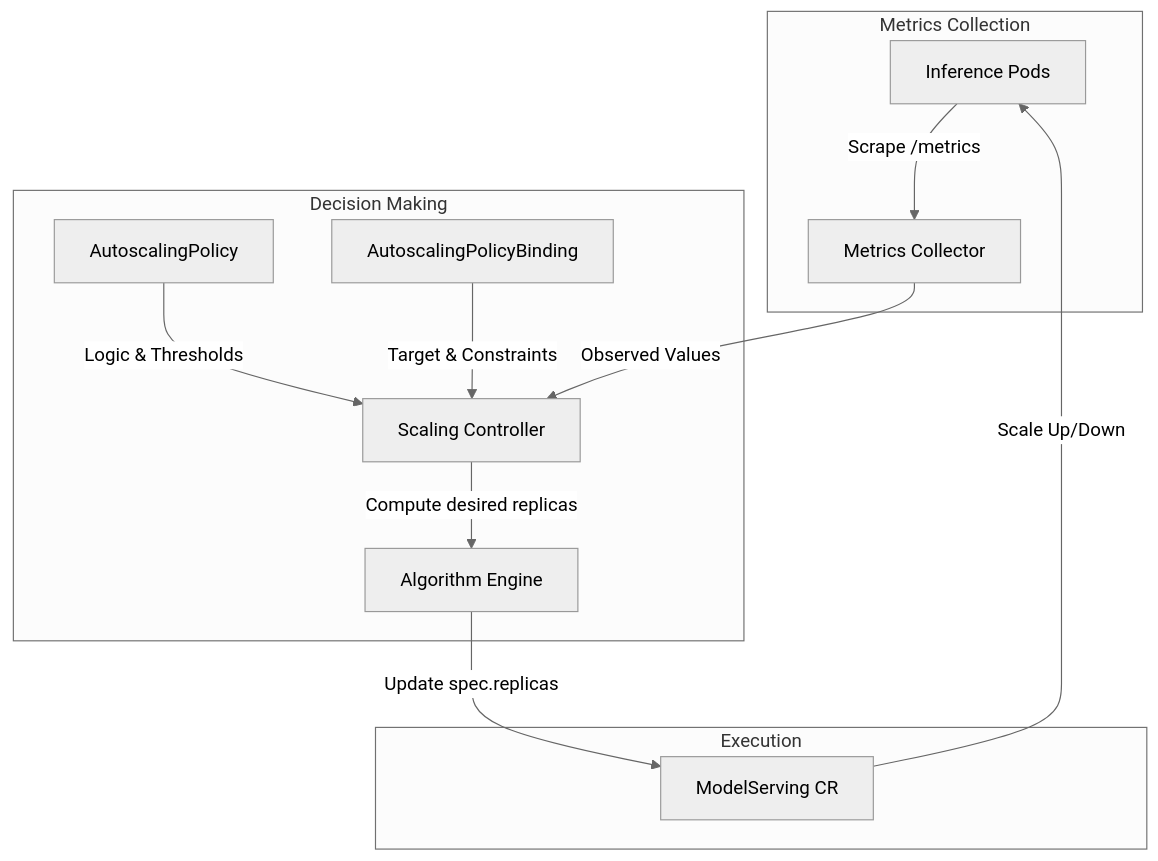
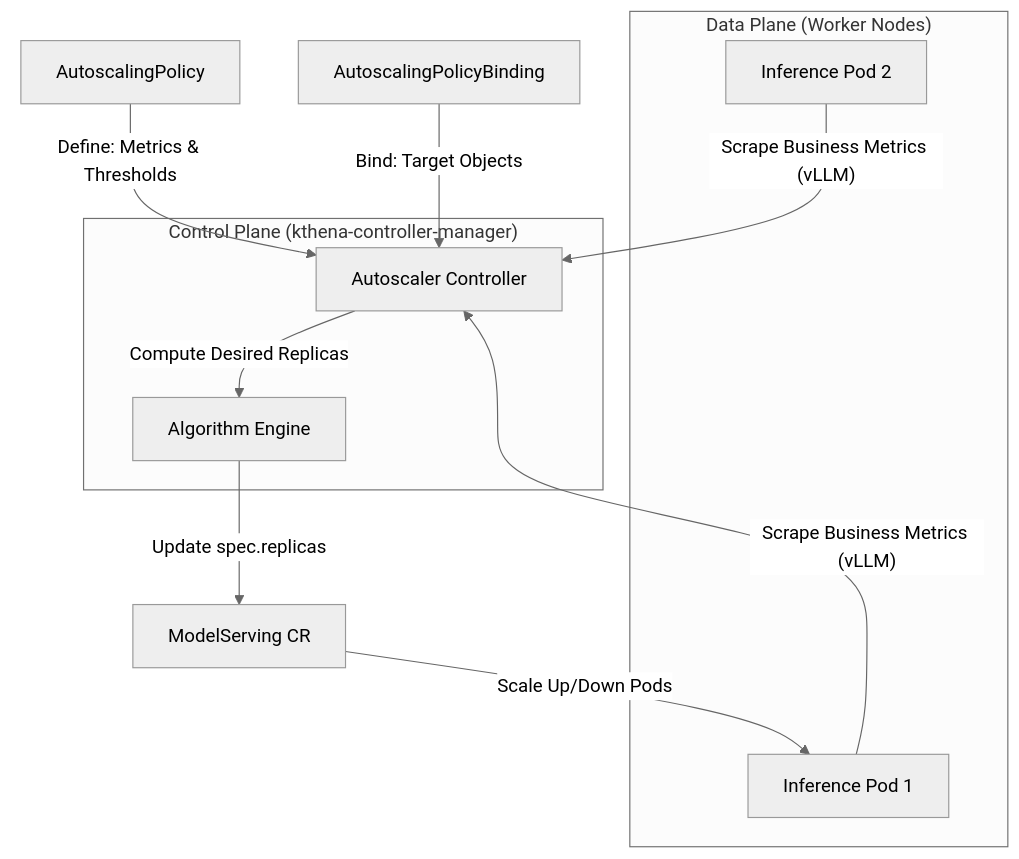
One commit to VanderChen/kthena changed the diagram in docs/kthena/blog/autoscaler/index.md. Above: the diagram before and after it, drawn with Mermaid (neutral theme). The commit also changed other lines of this file and 1 other file, not shown here.

Commit message:
update autoscaler doc

````diff
--- a/docs/kthena/blog/autoscaler/index.md
+++ b/docs/kthena/blog/autoscaler/index.md
@@ -42,18 +36,22 @@
 ```mermaid
 flowchart TD
-    subgraph "Metrics Collection"
-        A[Inference Pods] -- "Scrape /metrics" --> B[Metrics Collector]
+    subgraph "Control Plane (kthena-controller-manager)"
+        C[Autoscaler Controller]
+        F[Algorithm Engine]
     end
 
-    subgraph "Decision Making"
-        B -- "Observed Values" --> C[Scaling Controller]
-        D[AutoscalingPolicy] -- "Logic & Thresholds" --> C
-        E[AutoscalingPolicyBinding] -- "Target & Constraints" --> C
-        C -- "Compute desired replicas" --> F[Algorithm Engine]
+    subgraph "Data Plane (Worker Nodes)"
+        A1[Inference Pod 1]
+        A2[Inference Pod 2]
     end
 
-    subgraph "Execution"
-        F -- "Update spec.replicas" --> G[ModelServing CR]
-        G -- "Scale Up/Down" --> A
-    end
+    D[AutoscalingPolicy] -- "Define: Metrics & Thresholds" --> C
+    B[AutoscalingPolicyBinding] -- "Bind: Target Objects" --> C
+    
+    A1 -- "Scrape Business Metrics (vLLM)" --> C
+    A2 -- "Scrape Business Metrics (vLLM)" --> C
+    
+    C -- "Compute Desired Replicas" --> F
+    F -- "Update spec.replicas" --> G[ModelServing CR]
+    G -- "Scale Up/Down Pods" --> A1
 ```
````
